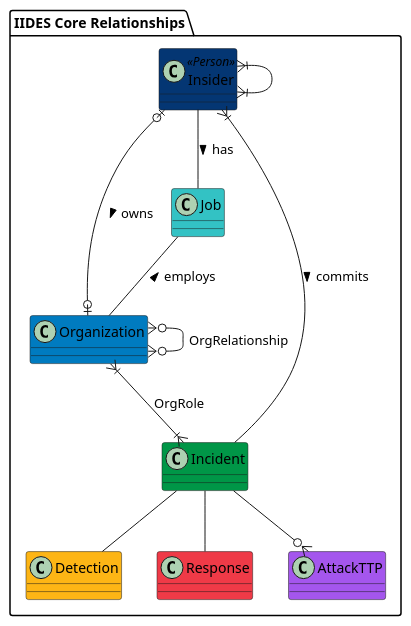
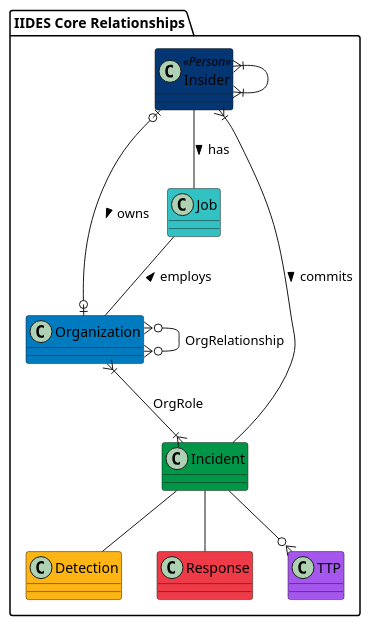
The diagram in UML/source/iides_core.wsd (cmu-sei/iides), drawn with PlantUML before and after one commit. The commit also changed 12 other files, not shown here.

Commit message:
Change attackTTP to TTP

```diff
--- a/UML/source/iides_core.wsd
+++ b/UML/source/iides_core.wsd
@@ -1,23 +1,23 @@
 @startuml IIDES_Core
 package "IIDES Core Relationships" #FFF {
 
     class Insider <<Person>> #043673 {}
     class Organization #007BC0 {}
     class Incident #009647 {}
     class Job #33c2C4 {}
     class Detection #FDB515 {}
     class Response #EF3A47 {}
-    class AttackTTP #A456ED {}
+    class TTP #A456ED {}
 
     Incident --|{ Insider : commits <
     Job -- Organization : employs <
     Insider -- Job : has >
     Organization }|--|{ Incident : OrgRole
     Organization }o--o{ Organization : OrgRelationship
     Insider |o--o| Organization : owns >
     Insider }|--|{ Insider
     Incident -- Detection
     Incident -- Response
-    Incident --o{ AttackTTP
+    Incident --o{ TTP
 }
 @enduml
```
